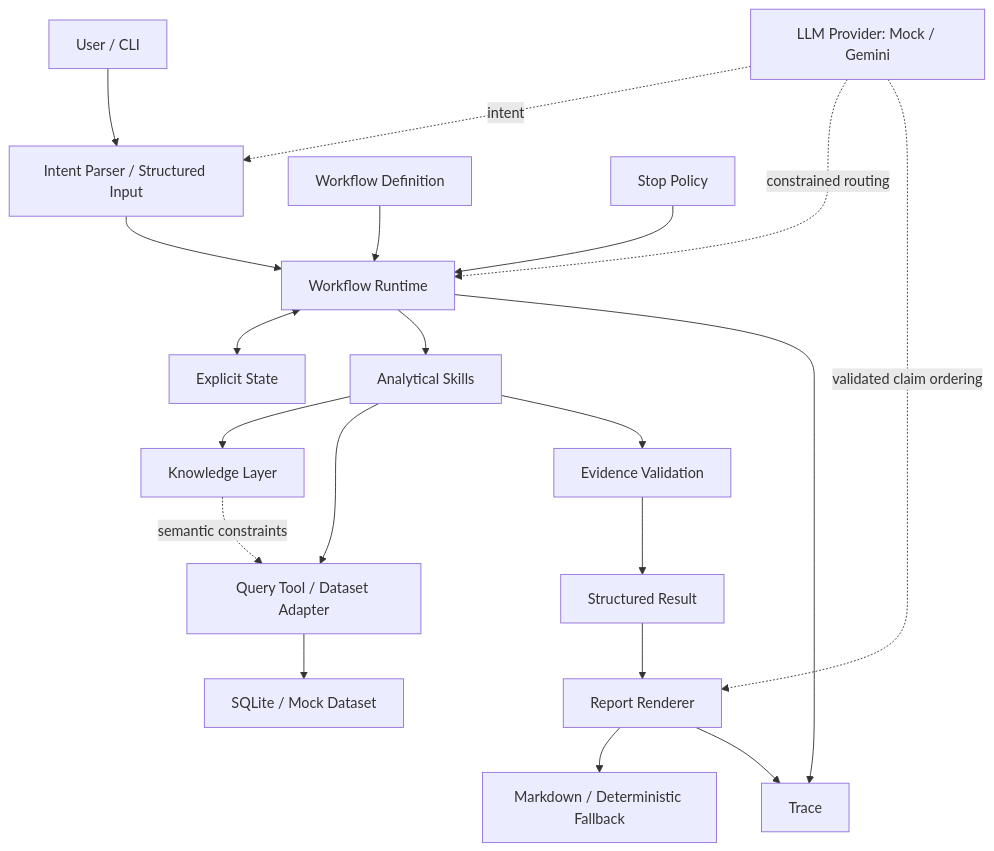
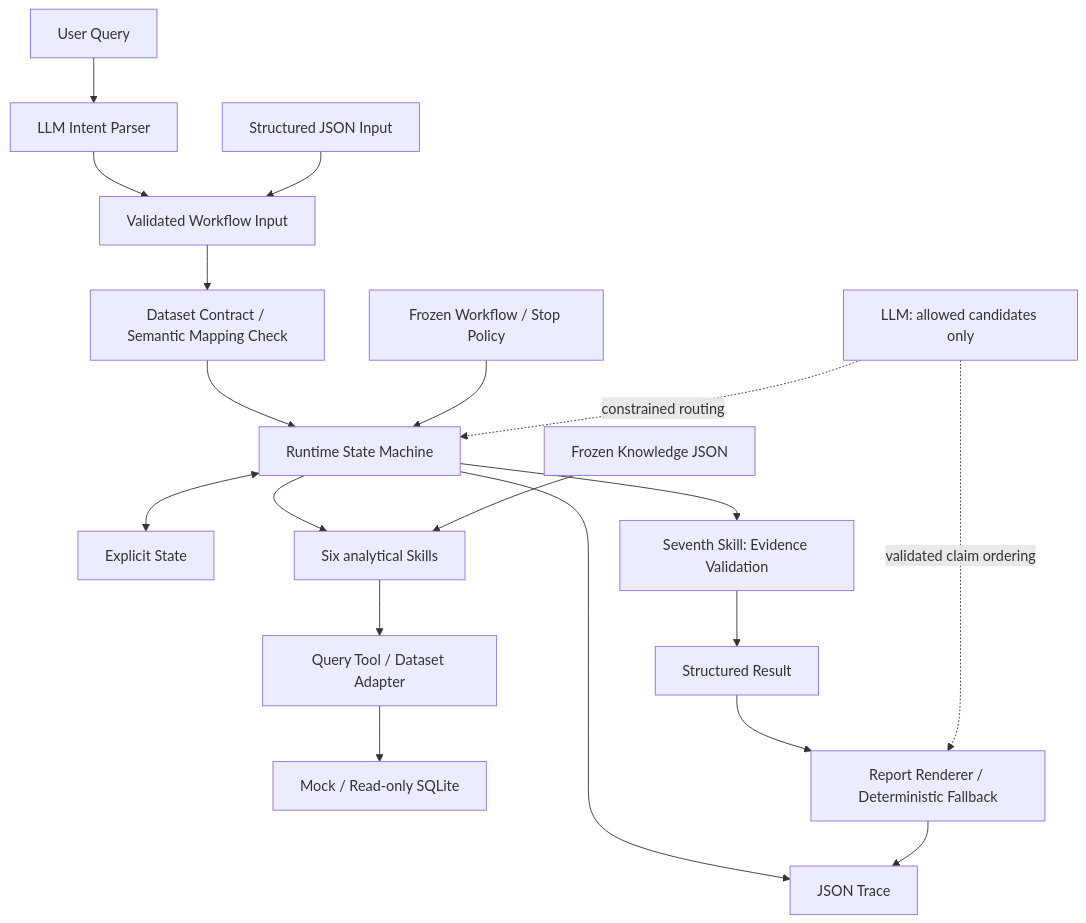
Before and after one commit to sayaka111/business-performance-agent: the diagram in README.md, drawn with Mermaid. The commit also changed other lines of this file and 241 other files, not shown here.

Commit message:
Specification-driven business analytics agent combining LLM intent parsing with deterministic metric decomposition, dataset contracts, and evidence-backed diagnosis on real retail data.

````diff
--- a/README.md
+++ b/README.md
@@ -29,22 +19,21 @@
 ```mermaid
 flowchart TD
-    U[User / CLI] --> I[Intent Parser / Structured Input]
-    I --> R[Workflow Runtime]
-    W[Workflow Definition] --> R
+    U[User Query] --> I[LLM Intent Parser]
+    I --> IN[Validated Workflow Input]
+    J[Structured JSON Input] --> IN
+    IN --> C[Dataset Contract / Semantic Mapping Check]
+    C --> R[Runtime State Machine]
+    W[Frozen Workflow / Stop Policy] --> R
     R <--> S[Explicit State]
-    P[Stop Policy] --> R
-    R --> A[Analytical Skills]
-    A --> K[Knowledge Layer]
-    A --> Q[Query Tool / Dataset Adapter]
-    K -. semantic constraints .-> Q
-    Q --> D[SQLite / Mock Dataset]
-    A --> E[Evidence Validation]
+    R --> A[Six analytical Skills]
+    K[Frozen Knowledge JSON] --> A
+    A --> T[Query Tool / Dataset Adapter]
+    T --> D[Mock / Read-only SQLite]
+    R --> E[Seventh Skill: Evidence Validation]
     E --> O[Structured Result]
-    O --> F[Report Renderer]
-    L[LLM Provider: Mock / Gemini] -. intent .-> I
-    L -. constrained routing .-> R
+    O --> F[Report Renderer / Deterministic Fallback]
+    L[LLM: allowed candidates only] -. constrained routing .-> R
     L -. validated claim ordering .-> F
-    F --> M[Markdown / Deterministic Fallback]
-    R --> T[Trace]
-    F --> T
+    R --> TR[JSON Trace]
+    F --> TR
 ```
````
